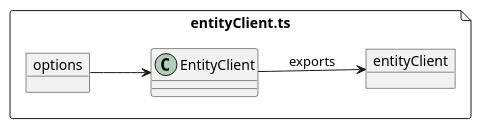
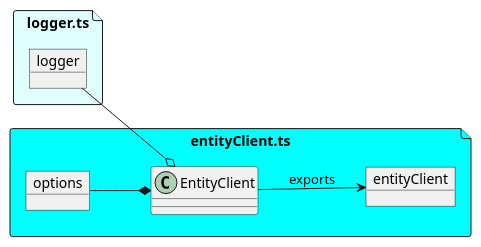
Before and after one commit to karmaniverous/entity-manager-demo: the diagram in diagrams/entityClient.pu, drawn with PlantUML. The commit also changed 5 other files, not shown here.

Commit message:
update diagrams

```diff
--- a/diagrams/entityClient.pu
+++ b/diagrams/entityClient.pu
@@ -1,18 +1,23 @@
 @startuml entityClient
 
 allowmixing
 
 left to right direction
 
-file "entityClient.ts" as entityClientTs {
+file "logger.ts" as loggerTs #LightCyan {
+    object logger
+}
+
+file "entityClient.ts" as entityClientTs #cyan {
     object options
     class EntityClient
 
-    options --> EntityClient
+    logger --o EntityClient
+    options --* EntityClient
 
     object entityClient
 
     EntityClient --> entityClient: exports
 }
 
 @enduml
```
